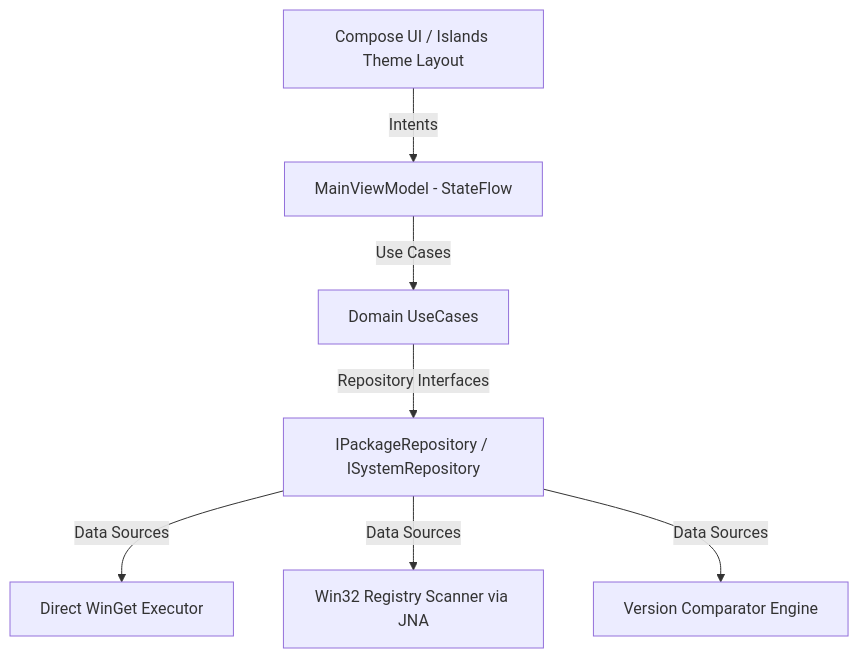
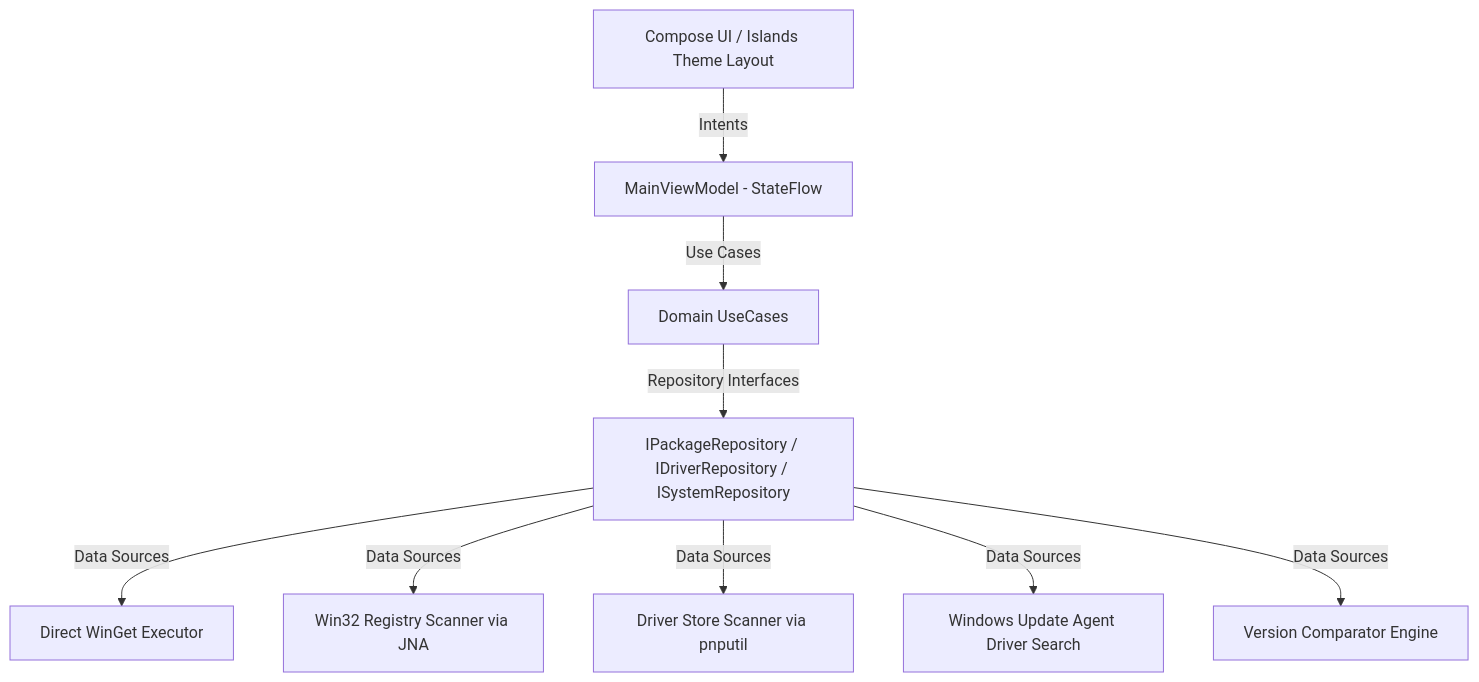
Before and after one commit to StarkDroid/kmp-winget: the diagram in README.md, drawn with Mermaid. The commit also changed other lines of this file and 6 other files, not shown here.

````diff
--- a/README.md
+++ b/README.md
@@ -28,9 +42,11 @@
 ```mermaid
 graph TD
     UI[Compose UI / Islands Theme Layout] -->|Intents| VM[MainViewModel - StateFlow]
     VM -->|Use Cases| UC[Domain UseCases]
-    UC -->|Repository Interfaces| Repos[IPackageRepository / ISystemRepository]
+    UC -->|Repository Interfaces| Repos[IPackageRepository / IDriverRepository / ISystemRepository]
     Repos -->|Data Sources| DS1[Direct WinGet Executor]
     Repos -->|Data Sources| DS2[Win32 Registry Scanner via JNA]
-    Repos -->|Data Sources| DS3[Version Comparator Engine]
+    Repos -->|Data Sources| DS3[Driver Store Scanner via pnputil]
+    Repos -->|Data Sources| DS4[Windows Update Agent Driver Search]
+    Repos -->|Data Sources| DS5[Version Comparator Engine]
 ```
````
